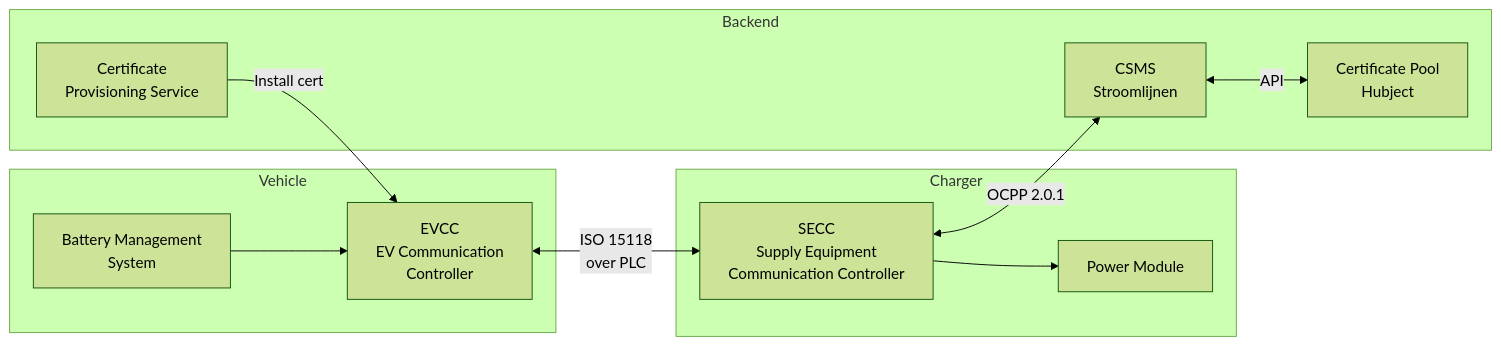
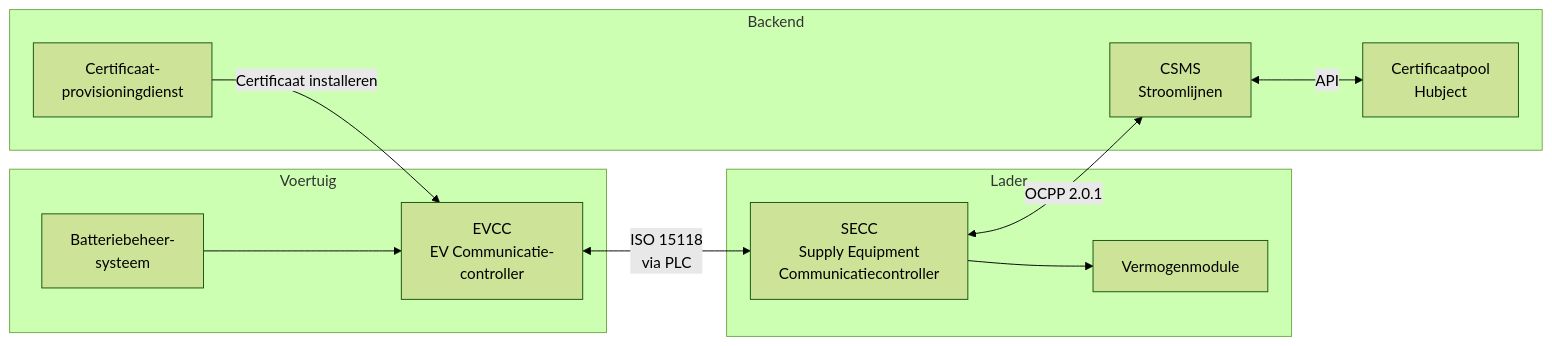
One commit to imichelena/stroomlijnen-docs changed the second of 3 diagrams in docs/technical/iso-15118.md. Above: the diagram before and after it, drawn with Mermaid (forest theme). The commit also changed other lines of this file and 11 other files, not shown here.

````diff
--- a/docs/technical/iso-15118.md
+++ b/docs/technical/iso-15118.md
@@ -85,25 +85,25 @@
 ```mermaid
 graph LR
-    subgraph Vehicle
-        EVCC[EVCC<br/>EV Communication<br/>Controller]
-        BMS[Battery Management<br/>System]
+    subgraph Voertuig
+        EVCC[EVCC<br/>EV Communicatie-<br/>controller]
+        BMS[Batteriebeheer-<br/>systeem]
     end
 
-    subgraph Charger
-        SECC[SECC<br/>Supply Equipment<br/>Communication Controller]
-        PM[Power Module]
+    subgraph Lader
+        SECC[SECC<br/>Supply Equipment<br/>Communicatiecontroller]
+        PM[Vermogenmodule]
     end
 
     subgraph Backend
         CSMS[CSMS<br/>Stroomlijnen]
-        CPS[Certificate<br/>Provisioning Service]
-        CPool[Certificate Pool<br/>Hubject]
+        CPS[Certificaat-<br/>provisioningdienst]
+        CPool[Certificaatpool<br/>Hubject]
     end
 
-    EVCC <-->|ISO 15118<br/>over PLC| SECC
+    EVCC <-->|ISO 15118<br/>via PLC| SECC
     SECC <-->|OCPP 2.0.1| CSMS
     CSMS <-->|API| CPool
-    CPS -->|Install cert| EVCC
+    CPS -->|Certificaat installeren| EVCC
     BMS --> EVCC
     SECC --> PM
 ```
````
